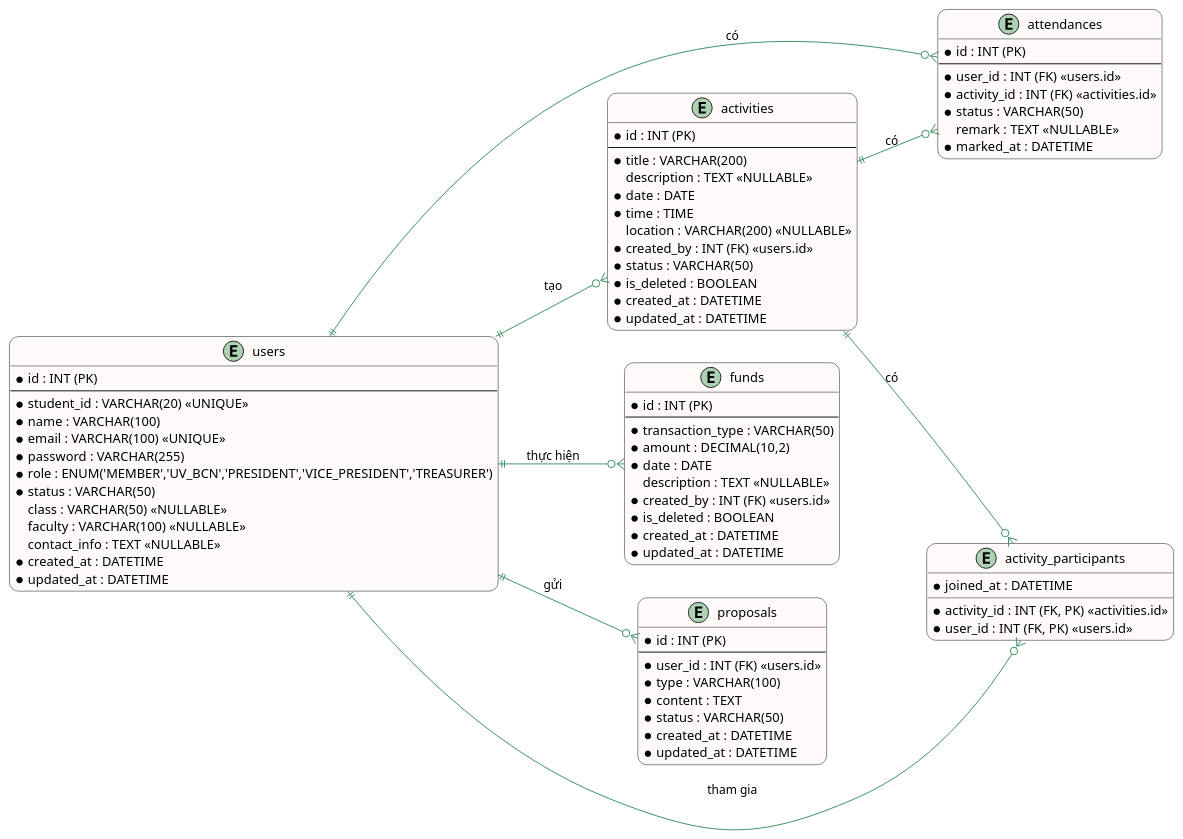
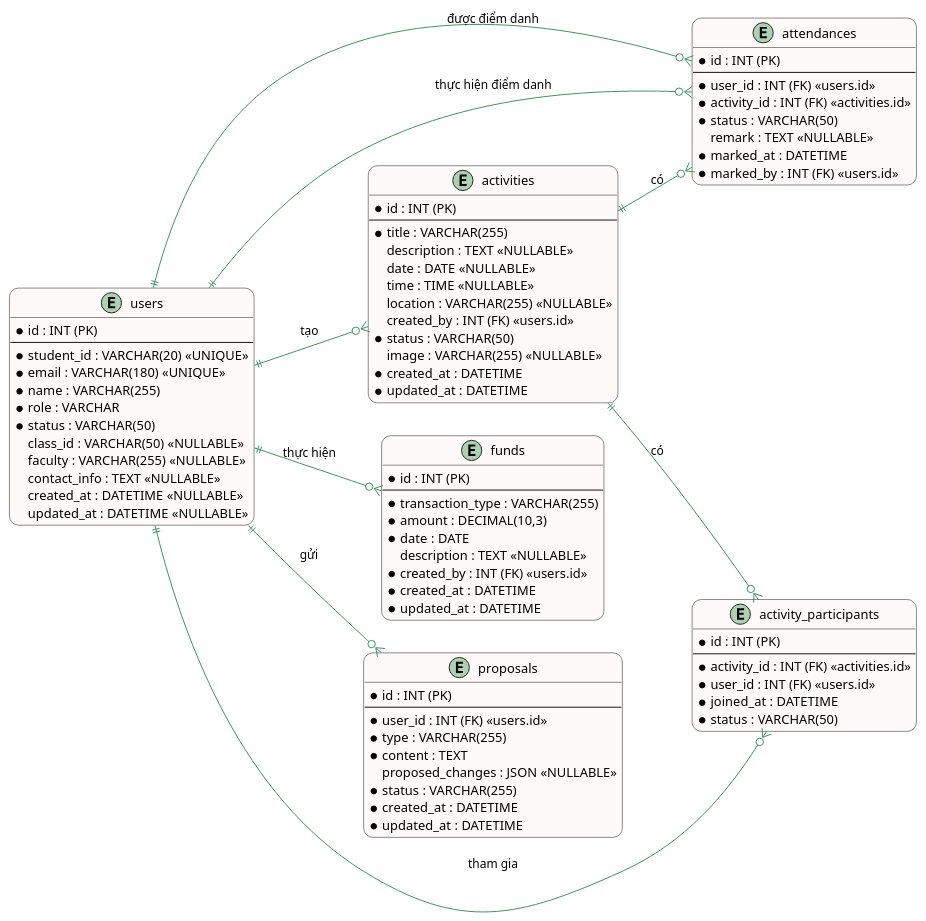
The diagram in d-database.plantuml (ThanhdatOris/BookClub_MS), drawn with PlantUML before and after one commit. The commit also changed 31 other files, not shown here.

```diff
--- a/d-database.plantuml
+++ b/d-database.plantuml
@@ -1,107 +1,111 @@
 @startuml
 ' Định nghĩa hướng của sơ đồ
 left to right direction
 
 ' Cấu hình hiển thị
 skinparam roundcorner 20
 skinparam class {
     BackgroundColor Snow
     ArrowColor SeaGreen
     BorderColor Black
 }
 
 entity "users" as users {
     *id : INT (PK)
     --
     *student_id : VARCHAR(20) <<UNIQUE>>
-    *name : VARCHAR(100)
-    *email : VARCHAR(100) <<UNIQUE>>
-    *password : VARCHAR(255)
-    *role : ENUM('MEMBER','UV_BCN','PRESIDENT','VICE_PRESIDENT','TREASURER')
+    *email : VARCHAR(180) <<UNIQUE>>
+    *name : VARCHAR(255)
+    *role : VARCHAR
     *status : VARCHAR(50)
-    class : VARCHAR(50) <<NULLABLE>>
-    faculty : VARCHAR(100) <<NULLABLE>>
+    class_id : VARCHAR(50) <<NULLABLE>>
+    faculty : VARCHAR(255) <<NULLABLE>>
     contact_info : TEXT <<NULLABLE>>
-    *created_at : DATETIME
-    *updated_at : DATETIME
+    created_at : DATETIME <<NULLABLE>>
+    updated_at : DATETIME <<NULLABLE>>
 }
 
 entity "activities" as activities {
     *id : INT (PK)
     --
-    *title : VARCHAR(200)
+    *title : VARCHAR(255)
     description : TEXT <<NULLABLE>>
-    *date : DATE
-    *time : TIME
-    location : VARCHAR(200) <<NULLABLE>>
-    *created_by : INT (FK) <<users.id>>
+    date : DATE <<NULLABLE>>
+    time : TIME <<NULLABLE>>
+    location : VARCHAR(255) <<NULLABLE>>
+    created_by : INT (FK) <<users.id>>
     *status : VARCHAR(50)
-    *is_deleted : BOOLEAN
+    image : VARCHAR(255) <<NULLABLE>>
     *created_at : DATETIME
     *updated_at : DATETIME
 }
 
 entity "attendances" as attendances {
     *id : INT (PK)
     --
     *user_id : INT (FK) <<users.id>>
     *activity_id : INT (FK) <<activities.id>>
     *status : VARCHAR(50)
     remark : TEXT <<NULLABLE>>
     *marked_at : DATETIME
+    *marked_by : INT (FK) <<users.id>>
 }
 
 entity "funds" as funds {
     *id : INT (PK)
     --
-    *transaction_type : VARCHAR(50)
-    *amount : DECIMAL(10,2)
+    *transaction_type : VARCHAR(255)
+    *amount : DECIMAL(10,3)
     *date : DATE
     description : TEXT <<NULLABLE>>
     *created_by : INT (FK) <<users.id>>
-    *is_deleted : BOOLEAN
     *created_at : DATETIME
     *updated_at : DATETIME
 }
 
 entity "proposals" as proposals {
     *id : INT (PK)
     --
     *user_id : INT (FK) <<users.id>>
-    *type : VARCHAR(100)
+    *type : VARCHAR(255)
     *content : TEXT
-    *status : VARCHAR(50)
+    proposed_changes : JSON <<NULLABLE>>
+    *status : VARCHAR(255)
     *created_at : DATETIME
     *updated_at : DATETIME
 }
 
 entity "activity_participants" as activity_participants {
-    *activity_id : INT (FK, PK) <<activities.id>>
-    *user_id : INT (FK, PK) <<users.id>>
+    *id : INT (PK)
+    --
+    *activity_id : INT (FK) <<activities.id>>
+    *user_id : INT (FK) <<users.id>>
     *joined_at : DATETIME
+    *status : VARCHAR(50)
 }
 
 ' Mối quan hệ giữa các bảng
 
 ' users - activities (created_by)
 users ||--o{ activities : "tạo"
 
-' users - attendances
-users ||--o{ attendances : "có"
+' users - attendances (user_id và marked_by)
+users ||--o{ attendances : "được điểm danh"
+users ||--o{ attendances : "thực hiện điểm danh"
 
-' activities - attendances
+' activities - attendances (activity_id)
 activities ||--o{ attendances : "có"
 
-' users - proposals
+' users - funds (created_by)
+users ||--o{ funds : "thực hiện"
+
+' users - proposals (user_id)
 users ||--o{ proposals : "gửi"
 
-' users - funds
-users ||--o{ funds : "thực hiện"
-
-' activities - activity_participants
+' activities - activity_participants (activity_id)
 activities ||--o{ activity_participants : "có"
 
-' users - activity_participants
+' users - activity_participants (user_id)
 users ||--o{ activity_participants : "tham gia"
 
 @enduml
```
